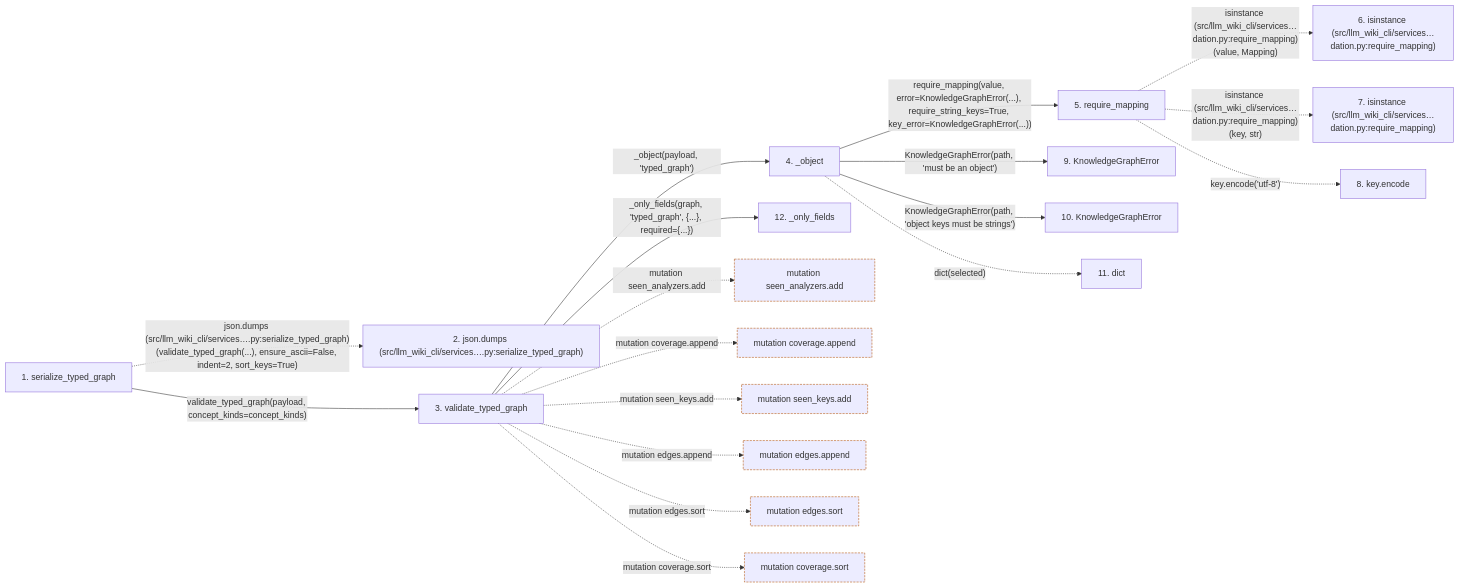
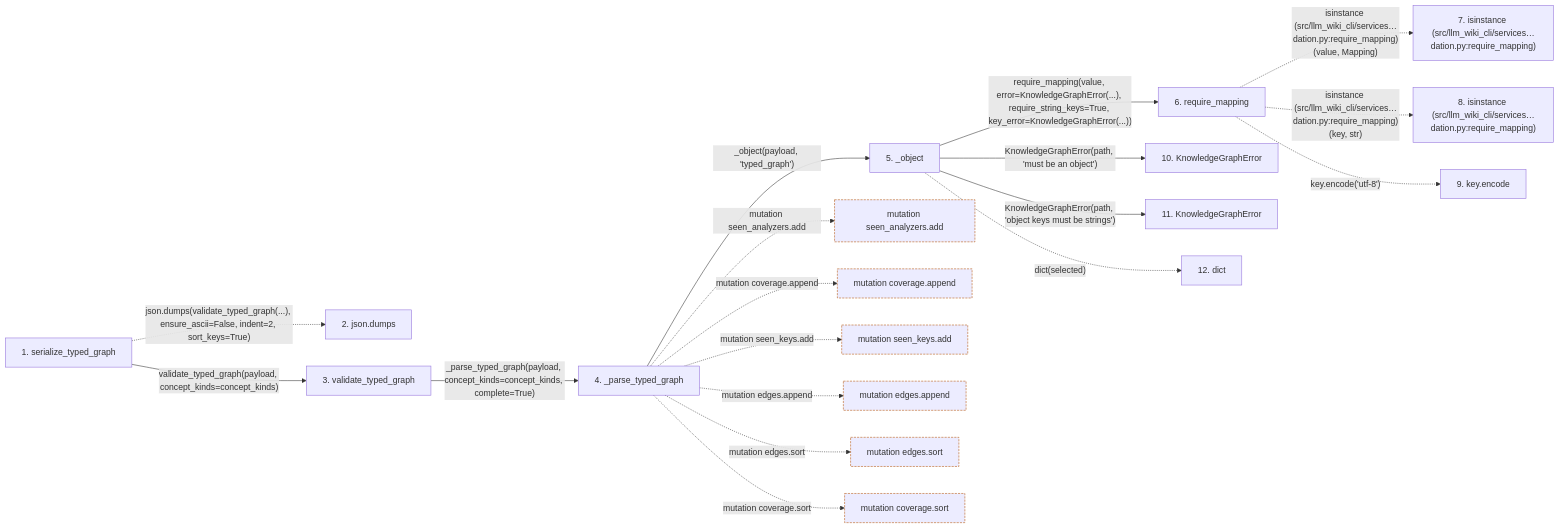
One commit to Denissvgn/python-wiki-llm changed the second of 2 diagrams in docs/llm_wiki/flows/api-serialize_typed_graph.md. Above: the diagram before and after it, drawn with Mermaid. The commit also changed other lines of this file and 865 other files, not shown here.

````diff
--- a/docs/llm_wiki/flows/api-serialize_typed_graph.md
+++ b/docs/llm_wiki/flows/api-serialize_typed_graph.md
@@ -79,52 +79,52 @@
 ```mermaid
 flowchart LR
     s1["1. serialize_typed_graph"]
-    s2["2. json.dumps (src/llm_wiki_cli/services….py:serialize_typed_graph)"]
+    s2["2. json.dumps"]
     s3["3. validate_typed_graph"]
-    s4["4. _object"]
-    s5["5. require_mapping"]
-    s6["6. isinstance (src/llm_wiki_cli/services…dation.py:require_mapping)"]
+    s4["4. _parse_typed_graph"]
+    s5["5. _object"]
+    s6["6. require_mapping"]
     s7["7. isinstance (src/llm_wiki_cli/services…dation.py:require_mapping)"]
-    s8["8. key.encode"]
-    s9["9. KnowledgeGraphError"]
+    s8["8. isinstance (src/llm_wiki_cli/services…dation.py:require_mapping)"]
+    s9["9. key.encode"]
     s10["10. KnowledgeGraphError"]
-    s11["11. dict"]
-    s12["12. _only_fields"]
-    s1 -. "json.dumps (src/llm_wiki_cli/services….py:serialize_typed_graph)(validate_typed_graph(...), ensure_ascii=False, indent=2, sort_keys=True)" .-> s2
+    s11["11. KnowledgeGraphError"]
+    s12["12. dict"]
+    s1 -. "json.dumps(validate_typed_graph(...), ensure_ascii=False, indent=2, sort_keys=True)" .-> s2
     s1 -->|"validate_typed_graph(payload, concept_kinds=concept_kinds)"| s3
-    s3 -->|"_object(payload, 'typed_graph')"| s4
-    s4 -->|"require_mapping(value, error=KnowledgeGraphError(...), require_string_keys=True, key_error=KnowledgeGraphError(...))"| s5
-    s5 -. "isinstance (src/llm_wiki_cli/services…dation.py:require_mapping)(value, Mapping)" .-> s6
-    s5 -. "isinstance (src/llm_wiki_cli/services…dation.py:require_mapping)(key, str)" .-> s7
-    s5 -. "key.encode('utf-8')" .-> s8
-    s4 -->|"KnowledgeGraphError(path, 'must be an object')"| s9
-    s4 -->|"KnowledgeGraphError(path, 'object keys must be strings')"| s10
-    s4 -. "dict(selected)" .-> s11
-    s3 -->|"_only_fields(graph, 'typed_graph', {...}, required={...})"| s12
+    s3 -->|"_parse_typed_graph(payload, concept_kinds=concept_kinds, complete=True)"| s4
+    s4 -->|"_object(payload, 'typed_graph')"| s5
+    s5 -->|"require_mapping(value, error=KnowledgeGraphError(...), require_string_keys=True, key_error=KnowledgeGraphError(...))"| s6
+    s6 -. "isinstance (src/llm_wiki_cli/services…dation.py:require_mapping)(value, Mapping)" .-> s7
+    s6 -. "isinstance (src/llm_wiki_cli/services…dation.py:require_mapping)(key, str)" .-> s8
+    s6 -. "key.encode('utf-8')" .-> s9
+    s5 -->|"KnowledgeGraphError(path, 'must be an object')"| s10
+    s5 -->|"KnowledgeGraphError(path, 'object keys must be strings')"| s11
+    s5 -. "dict(selected)" .-> s12
     b0["mutation seen_analyzers.add"]
-    s3 -. "mutation seen_analyzers.add" .-> b0
+    s4 -. "mutation seen_analyzers.add" .-> b0
     b1["mutation coverage.append"]
-    s3 -. "mutation coverage.append" .-> b1
+    s4 -. "mutation coverage.append" .-> b1
     b2["mutation seen_keys.add"]
-    s3 -. "mutation seen_keys.add" .-> b2
+    s4 -. "mutation seen_keys.add" .-> b2
     b3["mutation edges.append"]
-    s3 -. "mutation edges.append" .-> b3
+    s4 -. "mutation edges.append" .-> b3
     b4["mutation edges.sort"]
-    s3 -. "mutation edges.sort" .-> b4
+    s4 -. "mutation edges.sort" .-> b4
     b5["mutation coverage.sort"]
-    s3 -. "mutation coverage.sort" .-> b5
+    s4 -. "mutation coverage.sort" .-> b5
     click s1 "../modules/knowledge_graph.md"
     click s3 "../modules/knowledge_graph.md"
     click s4 "../modules/knowledge_graph.md"
-    click s5 "../modules/validation.md"
-    click s9 "../modules/knowledge_graph.md"
+    click s5 "../modules/knowledge_graph.md"
+    click s6 "../modules/validation.md"
     click s10 "../modules/knowledge_graph.md"
-    click s12 "../modules/knowledge_graph.md"
+    click s11 "../modules/knowledge_graph.md"
     classDef boundary stroke:#b45309,stroke-dasharray: 4 2
     class b0 boundary
     class b1 boundary
     class b2 boundary
     class b3 boundary
     class b4 boundary
     class b5 boundary
 ```
````
